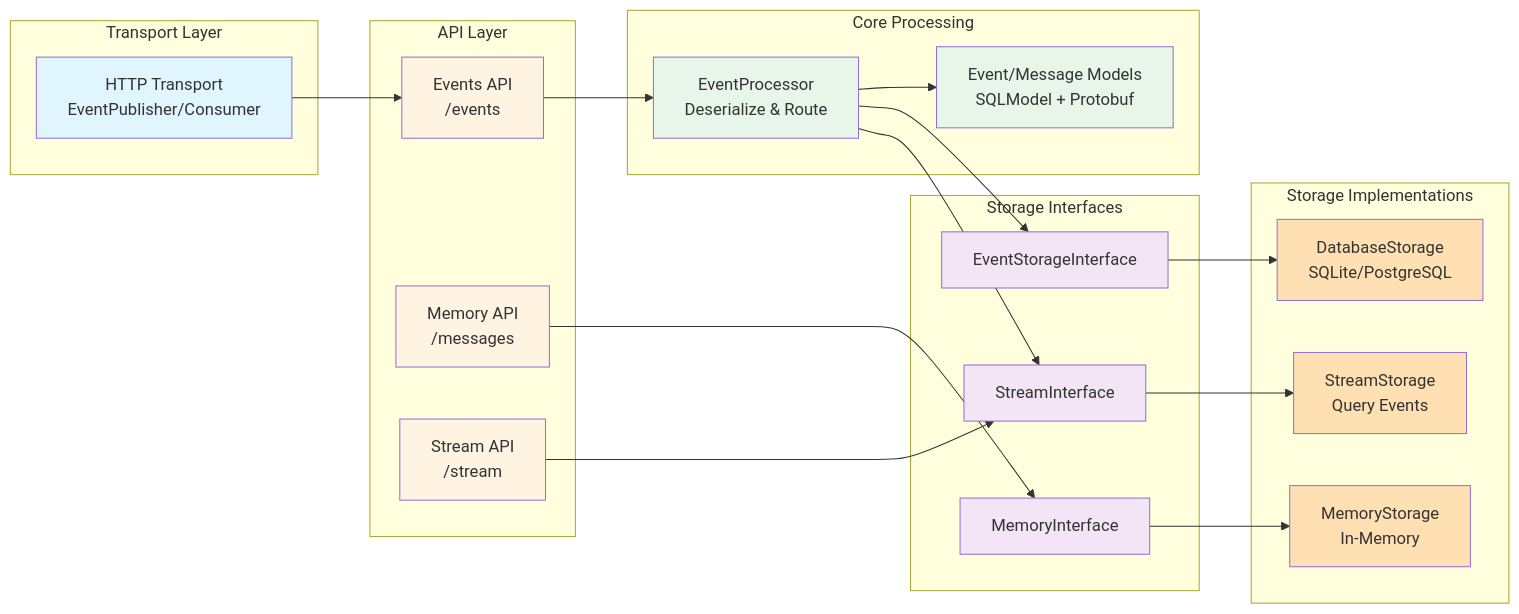
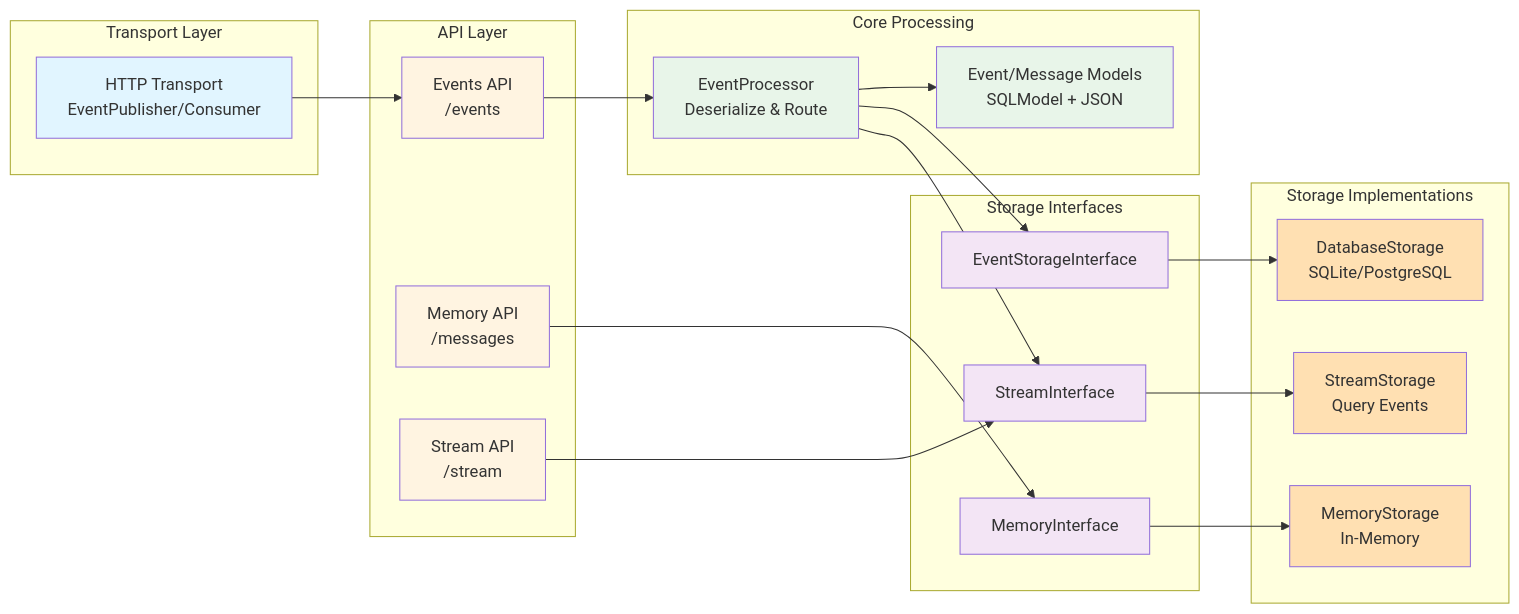
One commit to mckinsey/agents-at-scale-ark changed the third of 4 diagrams in services/ark-event-manager/ark-event-manager/ARCHITECTURE.md. Above: the diagram before and after it, drawn with Mermaid. The commit also changed other lines of this file and 10 other files, not shown here.

````diff
--- a/services/ark-event-manager/ark-event-manager/ARCHITECTURE.md
+++ b/services/ark-event-manager/ark-event-manager/ARCHITECTURE.md
@@ -177,55 +177,55 @@
 ```mermaid
 graph LR
     subgraph "Transport Layer"
         HTTP[HTTP Transport<br/>EventPublisher/Consumer]
     end
 
     subgraph "API Layer"
         EventsAPI[Events API<br/>/events]
         MemoryAPI[Memory API<br/>/messages]
         StreamAPI[Stream API<br/>/stream]
     end
 
     subgraph "Core Processing"
         Processor[EventProcessor<br/>Deserialize & Route]
-        Models[Event/Message Models<br/>SQLModel + Protobuf]
+        Models[Event/Message Models<br/>SQLModel + JSON]
     end
 
     subgraph "Storage Interfaces"
         EventStorageI[EventStorageInterface]
         MemoryI[MemoryInterface]
         StreamI[StreamInterface]
     end
 
     subgraph "Storage Implementations"
         DatabaseStorage[DatabaseStorage<br/>SQLite/PostgreSQL]
         MemoryStorage[MemoryStorage<br/>In-Memory]
         StreamStorage[StreamStorage<br/>Query Events]
     end
 
     HTTP --> EventsAPI
     EventsAPI --> Processor
     MemoryAPI --> MemoryI
     StreamAPI --> StreamI
 
     Processor --> Models
     Processor --> EventStorageI
     Processor --> StreamI
 
     EventStorageI --> DatabaseStorage
     MemoryI --> MemoryStorage
     StreamI --> StreamStorage
 
     style HTTP fill:#e1f5ff
     style EventsAPI fill:#fff4e1
     style MemoryAPI fill:#fff4e1
     style StreamAPI fill:#fff4e1
     style Processor fill:#e8f5e9
     style Models fill:#e8f5e9
     style EventStorageI fill:#f3e5f5
     style MemoryI fill:#f3e5f5
     style StreamI fill:#f3e5f5
     style DatabaseStorage fill:#ffe0b2
     style MemoryStorage fill:#ffe0b2
     style StreamStorage fill:#ffe0b2
 ```
````
